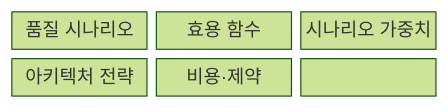
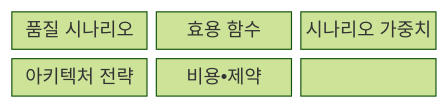
One commit to agnusdei1207/knowledge-base changed the first of 2 diagrams in src/content/docs/notes/03-software/072_cbam.md. Above: the diagram before and after it, drawn with Mermaid (forest theme). The commit also changed other lines of this file and 953 other files, not shown here.

````diff
--- a/src/content/docs/notes/03-software/072_cbam.md
+++ b/src/content/docs/notes/03-software/072_cbam.md
@@ -68,11 +68,11 @@
 ```mermaid
 block
   columns 3
   Q["품질 시나리오"]
   U["효용 함수"]
   W["시나리오 가중치"]
   A["아키텍처 전략"]
-  C["비용·제약"]
+  C["비용•제약"]
   Q --> U --> A --> C
   Q --> W --> A
 ```
````
